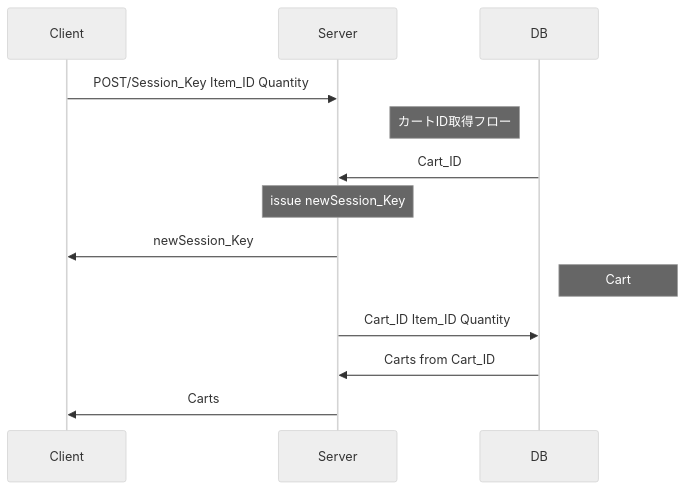
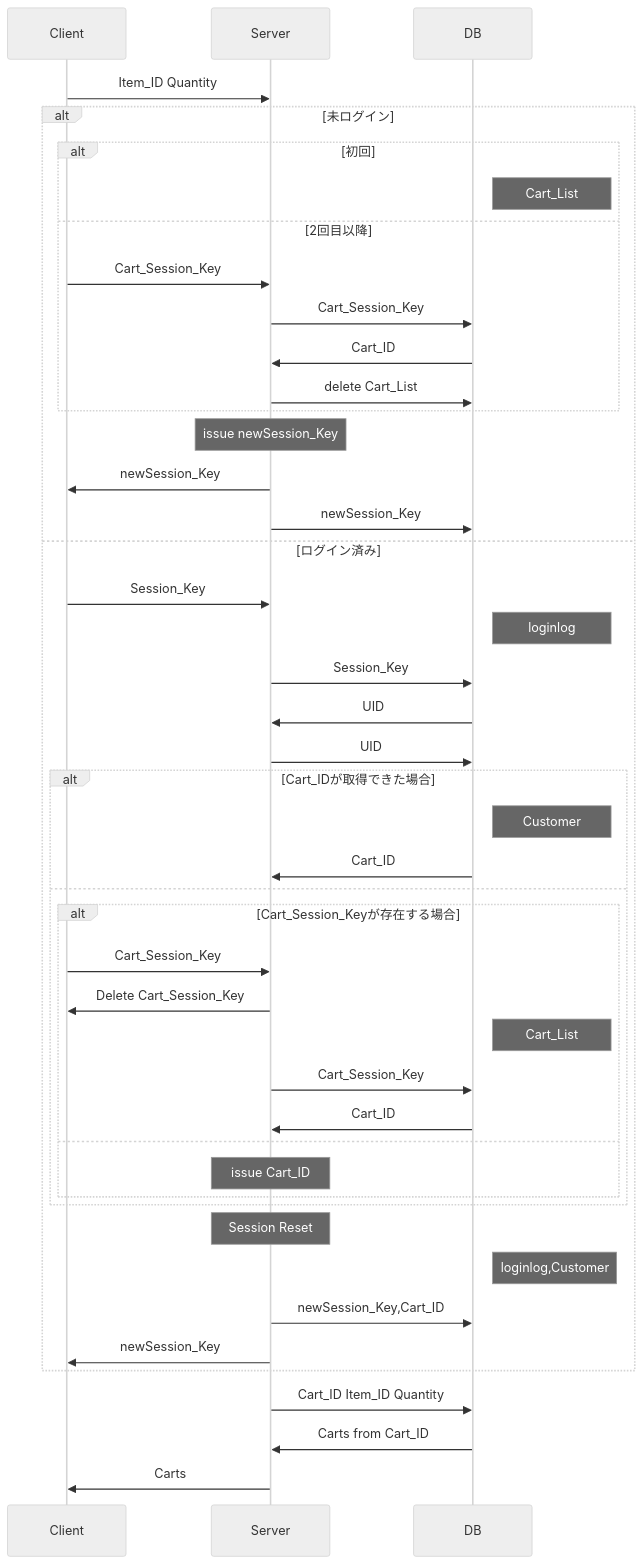
One commit to WhatACotton/CharisWorks-BackEnd changed the fifth of 6 diagrams in README.md. Above: the diagram before and after it, drawn with Mermaid (neutral theme). The commit also changed 3 other files, not shown here.

Commit message:
sequence

````diff
--- a/README.md
+++ b/README.md
@@ -86,17 +86,51 @@
 ```mermaid
 sequenceDiagram
 participant Client
 participant Server
 participant DB
-
-Client ->> Server:POST/Session_Key Item_ID Quantity
-Note left of DB:カートID取得フロー
+Client ->> Server:Item_ID Quantity
+alt 未ログイン
+alt 初回
+Note right of DB:Cart_List
+else 2回目以降
+Client ->> Server:Cart_Session_Key
+Server ->> DB:Cart_Session_Key
 DB ->> Server:Cart_ID　
-
+Server ->> DB: delete Cart_List
+end
 Note over Server:issue newSession_Key
 Server ->> Client:newSession_Key
-Note right of DB:Cart
+Server ->> DB:newSession_Key
+else ログイン済み
+Client ->> Server: Session_Key
+Note right of DB: loginlog
+Server ->> DB: Session_Key
+DB ->> Server: UID
+Server ->> DB: UID
+alt Cart_IDが取得できた場合
+Note right of DB: Customer
+
+DB ->> Server:Cart_ID
+else
+
+alt Cart_Session_Keyが存在する場合
+
+Client ->> Server: Cart_Session_Key
+Server ->> Client: Delete Cart_Session_Key
+Note right of DB: Cart_List
+Server ->> DB: Cart_Session_Key
+
+DB ->> Server:Cart_ID
+else
+Note over Server: issue Cart_ID
+end
+end
+Note over Server: Session Reset
+Note right of DB: loginlog,Customer
+Server ->> DB:newSession_Key,Cart_ID
+Server ->> Client :newSession_Key
+end
 Server ->> DB:Cart_ID Item_ID Quantity
 DB ->> Server:Carts from Cart_ID
 Server ->> Client:Carts
 ```
````
